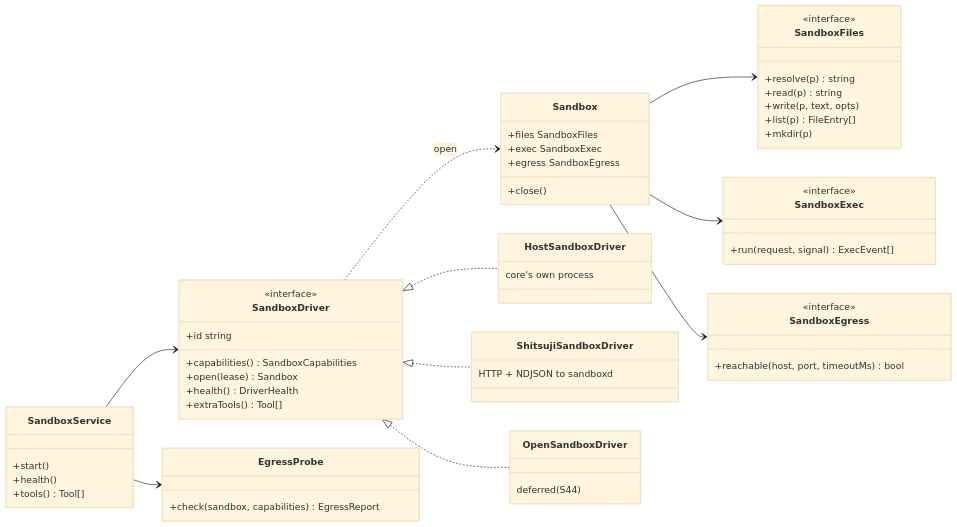
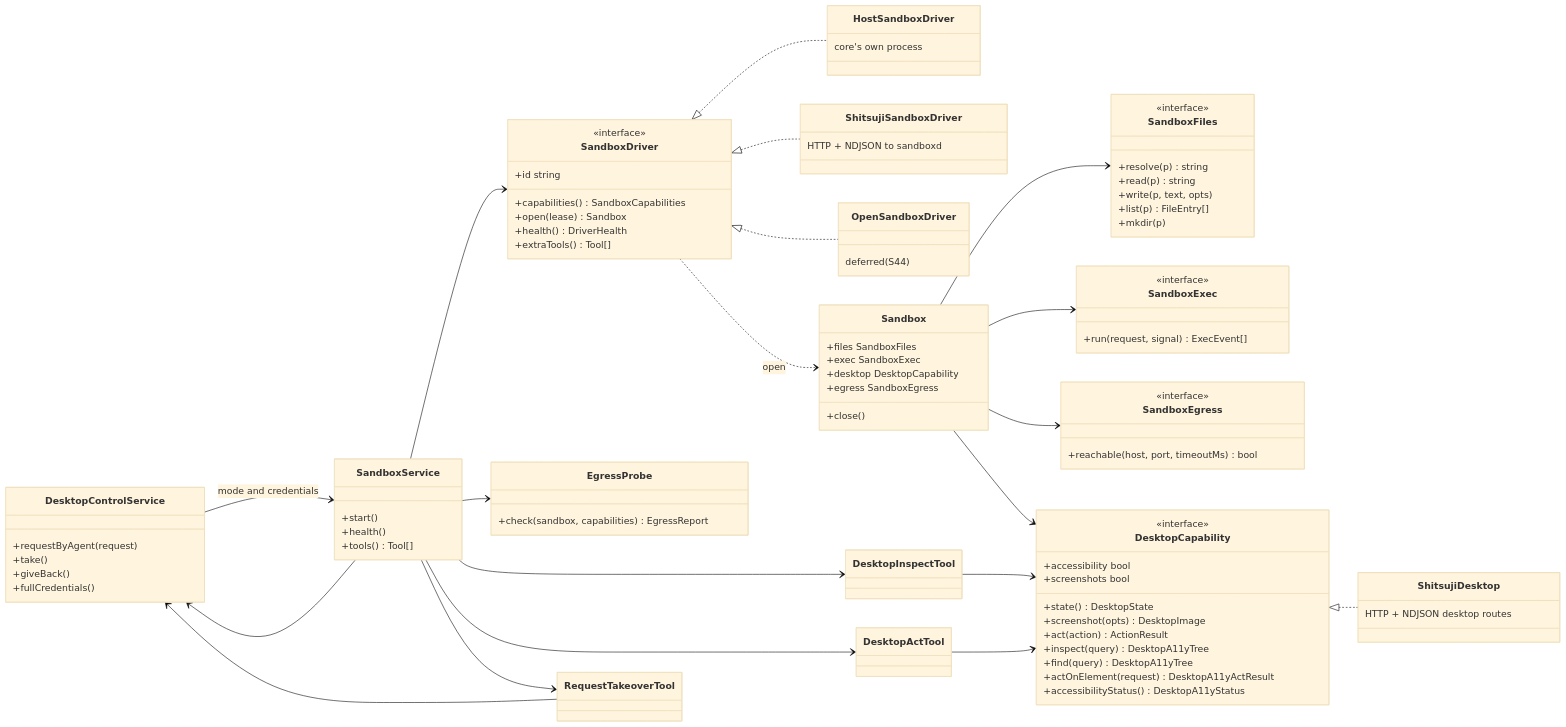
Before and after one commit to ggiraudon/shitsuji: the ninth of 14 diagrams in docs/06-class-map.md, drawn with Mermaid (base theme). The commit also changed other lines of this file and 3 other files, not shown here.

````diff
--- a/docs/06-class-map.md
+++ b/docs/06-class-map.md
@@ -708,9 +708,34 @@
   class Sandbox {
     +files SandboxFiles
     +exec SandboxExec
+    +desktop DesktopCapability
     +egress SandboxEgress
     +close()
   }
+  class DesktopCapability {
+    <<interface>>
+    +accessibility bool
+    +screenshots bool
+    +state() DesktopState
+    +screenshot(opts) DesktopImage
+    +act(action) ActionResult
+    +inspect(query) DesktopA11yTree
+    +find(query) DesktopA11yTree
+    +actOnElement(request) DesktopA11yActResult
+    +accessibilityStatus() DesktopA11yStatus
+  }
+  class ShitsujiDesktop {
+    HTTP + NDJSON desktop routes
+  }
+  class DesktopControlService {
+    +requestByAgent(request)
+    +take()
+    +giveBack()
+    +fullCredentials()
+  }
+  class DesktopInspectTool
+  class DesktopActTool
+  class RequestTakeoverTool
   class SandboxFiles {
     <<interface>>
     +resolve(p) string
@@ -747,6 +772,14 @@
 
   SandboxService --> SandboxDriver
   SandboxService --> EgressProbe
+  SandboxService --> DesktopControlService
+  DesktopControlService --> SandboxService : mode and credentials
+  SandboxService --> DesktopInspectTool
+  SandboxService --> DesktopActTool
+  SandboxService --> RequestTakeoverTool
+  DesktopInspectTool --> DesktopCapability
+  DesktopActTool --> DesktopCapability
+  RequestTakeoverTool --> DesktopControlService
   SandboxDriver <|.. HostSandboxDriver
   SandboxDriver <|.. ShitsujiSandboxDriver
   SandboxDriver <|.. OpenSandboxDriver
@@ -754,4 +787,6 @@
   Sandbox --> SandboxFiles
   Sandbox --> SandboxExec
   Sandbox --> SandboxEgress
+  Sandbox --> DesktopCapability
+  DesktopCapability <|.. ShitsujiDesktop
 ```
````
